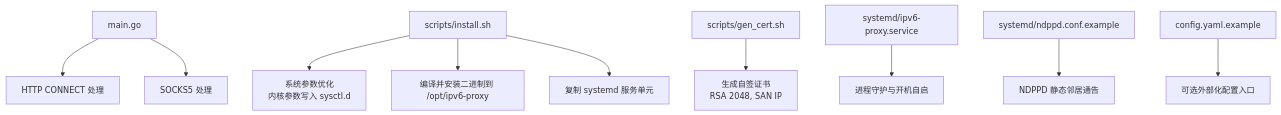
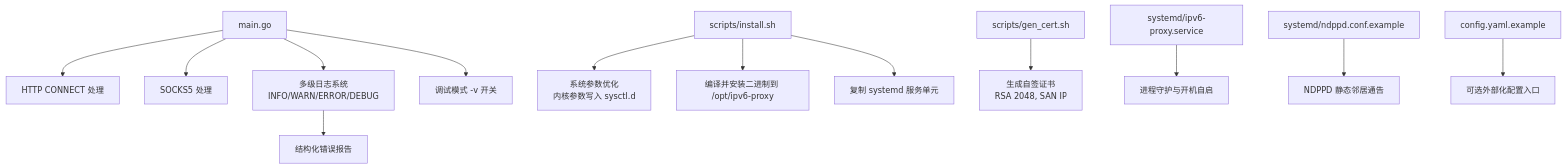
One commit to chuwang9964/ipv6-proxy-pool changed the first of 4 diagrams in .qoder/repowiki/zh/content/部署运维.md. Above: the diagram before and after it, drawn with Mermaid. The commit also changed other lines of this file and 22 other files, not shown here.

````diff
--- a/.qoder/repowiki/zh/content/部署运维.md
+++ b/.qoder/repowiki/zh/content/部署运维.md
@@ -33,12 +42,15 @@
 ```mermaid
 graph TB
 A["main.go"] --> B["HTTP CONNECT 处理"]
 A --> C["SOCKS5 处理"]
-D["scripts/install.sh"] --> E["系统参数优化<br/>内核参数写入 sysctl.d"]
-D --> F["编译并安装二进制到 /opt/ipv6-proxy"]
-D --> G["复制 systemd 服务单元"]
-H["scripts/gen_cert.sh"] --> I["生成自签证书<br/>RSA 2048, SAN IP"]
-J["systemd/ipv6-proxy.service"] --> K["进程守护与开机自启"]
-L["systemd/ndppd.conf.example"] --> M["NDPPD 静态邻居通告"]
-N["config.yaml.example"] --> O["可选外部化配置入口"]
+A --> D["多级日志系统<br/>INFO/WARN/ERROR/DEBUG"]
+A --> E["调试模式 -v 开关"]
+D --> F["结构化错误报告"]
+G["scripts/install.sh"] --> H["系统参数优化<br/>内核参数写入 sysctl.d"]
+G --> I["编译并安装二进制到 /opt/ipv6-proxy"]
+G --> J["复制 systemd 服务单元"]
+K["scripts/gen_cert.sh"] --> L["生成自签证书<br/>RSA 2048, SAN IP"]
+M["systemd/ipv6-proxy.service"] --> N["进程守护与开机自启"]
+O["systemd/ndppd.conf.example"] --> P["NDPPD 静态邻居通告"]
+Q["config.yaml.example"] --> R["可选外部化配置入口"]
 ```
````
